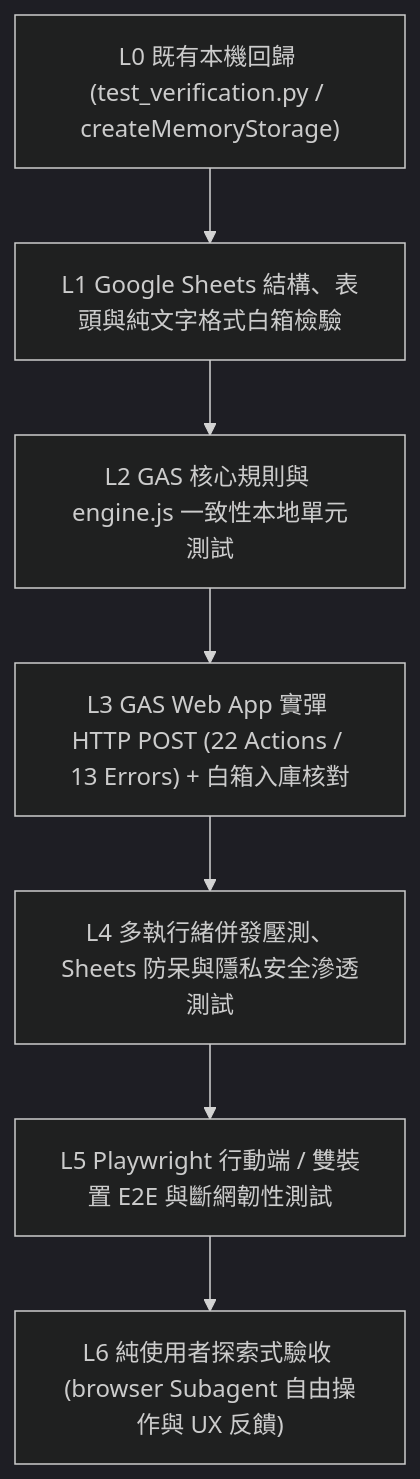
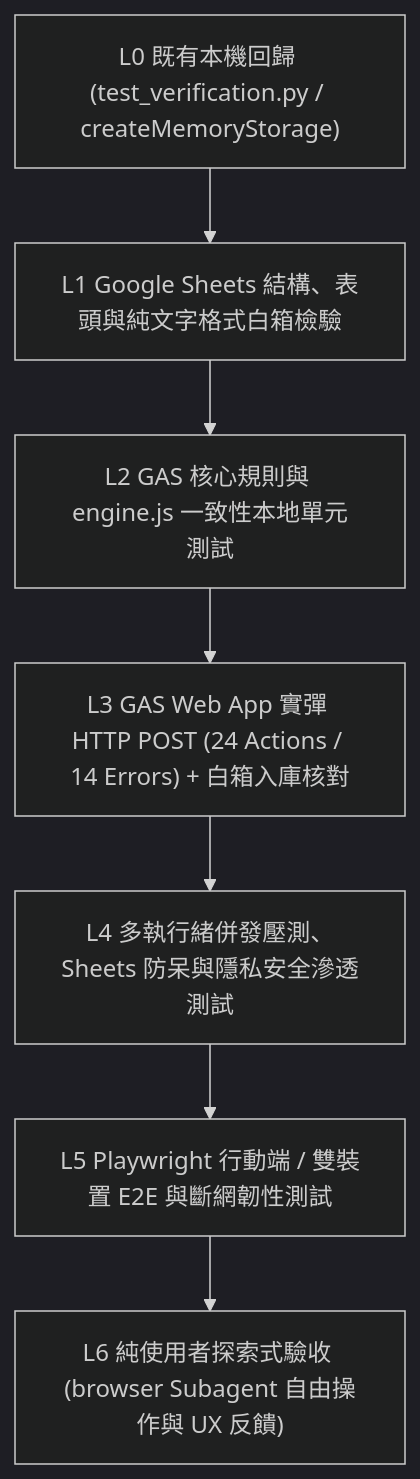
Before and after one commit to hsnu125739/essay-garden: the diagram in verification-spec.md, drawn with Mermaid (dark theme). The commit also changed other lines of this file and 8 other files, not shown here.

````diff
--- a/verification-spec.md
+++ b/verification-spec.md
@@ -20,9 +20,9 @@
 ```mermaid
 flowchart TD
     L0["L0 既有本機回歸 (test_verification.py / createMemoryStorage)"] --> L1["L1 Google Sheets 結構、表頭與純文字格式白箱檢驗"]
     L1 --> L2["L2 GAS 核心規則與 engine.js 一致性本地單元測試"]
-    L2 --> L3["L3 GAS Web App 實彈 HTTP POST (22 Actions / 13 Errors) + 白箱入庫核對"]
+    L2 --> L3["L3 GAS Web App 實彈 HTTP POST (24 Actions / 14 Errors) + 白箱入庫核對"]
     L3 --> L4["L4 多執行緒併發壓測、Sheets 防呆與隱私安全滲透測試"]
     L4 --> L5["L5 Playwright 行動端 / 雙裝置 E2E 與斷網韌性測試"]
     L5 --> L6["L6 純使用者探索式驗收 (browser Subagent 自由操作與 UX 反饋)"]
 ```
````
